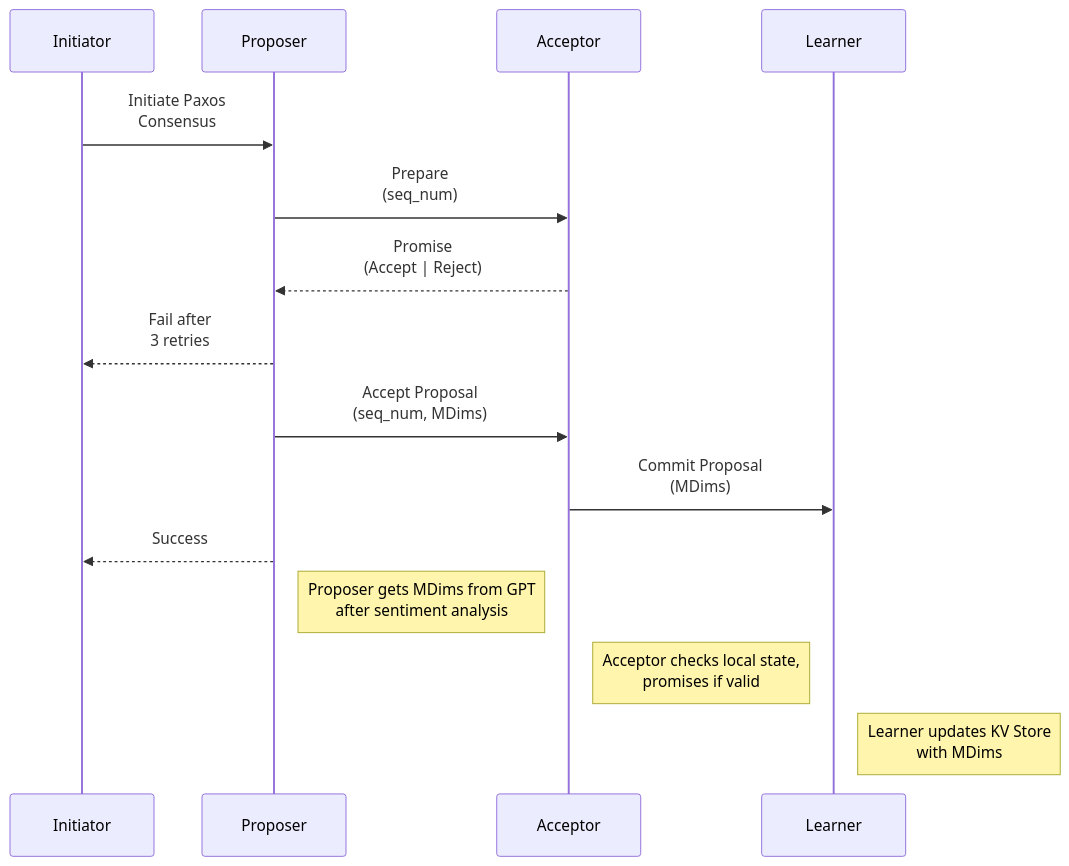
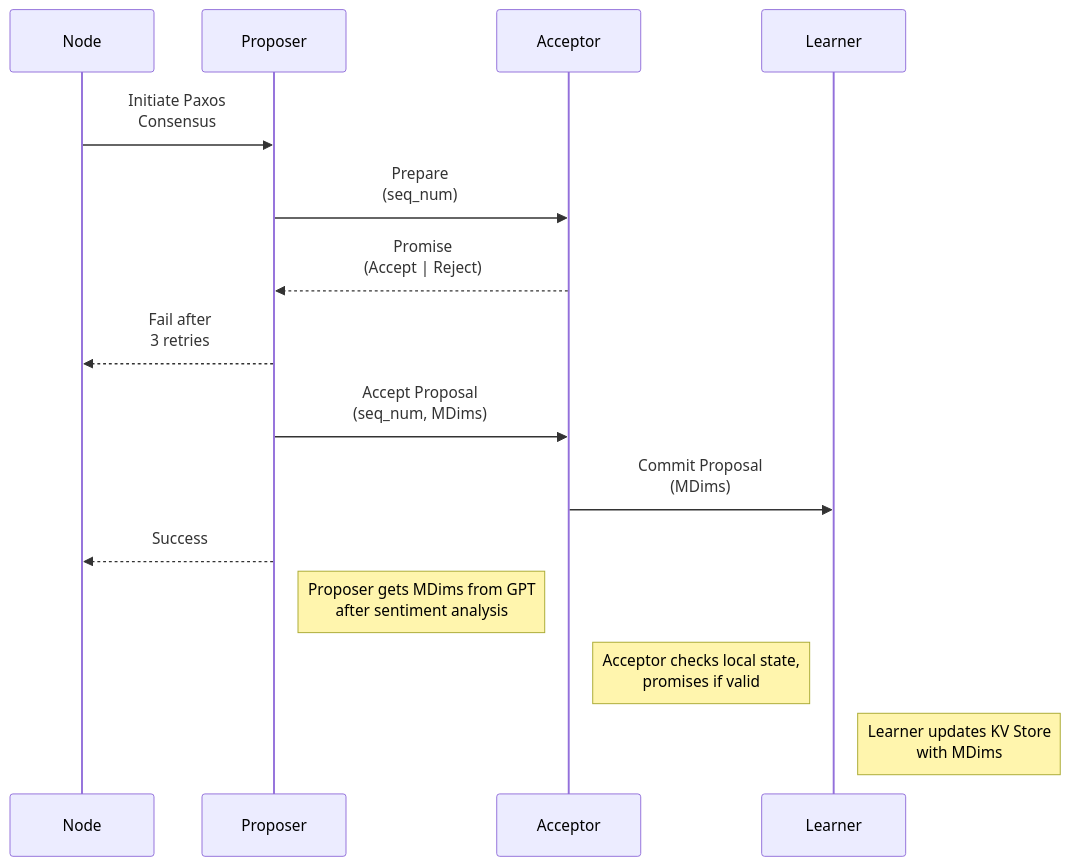
Before and after one commit to L0Lmaker/DistributedSemanticAnalysis: the seventh of 8 diagrams in README.md, drawn with Mermaid. The commit also changed other lines of this file, not shown here.

````diff
--- a/README.md
+++ b/README.md
@@ -262,17 +375,17 @@
 ```mermaid
 sequenceDiagram
-    participant I as Initiator
+    participant I as Node
     participant P as Proposer
     participant A as Acceptor
     participant L as Learner
     I ->> P: Initiate Paxos<br/>Consensus
     P ->> A: Prepare<br/>(seq_num)
     A -->> P: Promise<br/>(Accept | Reject)
     P -->> I: Fail after<br/>3 retries
     P ->> A: Accept Proposal<br/>(seq_num, MDims)
     A ->> L: Commit Proposal<br/>(MDims)
     P -->> I: Success
     Note right of P: Proposer gets MDims from GPT <br/> after sentiment analysis
     Note right of A: Acceptor checks local state,<br/>promises if valid
     Note right of L: Learner updates KV Store<br/>with MDims
 ```
````
